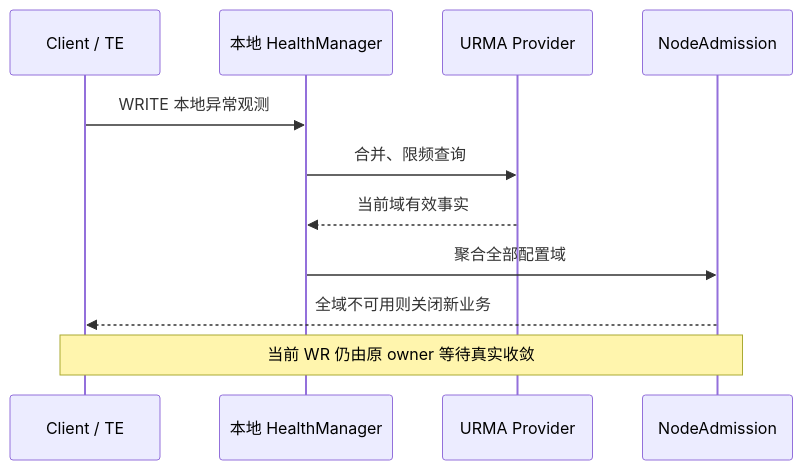
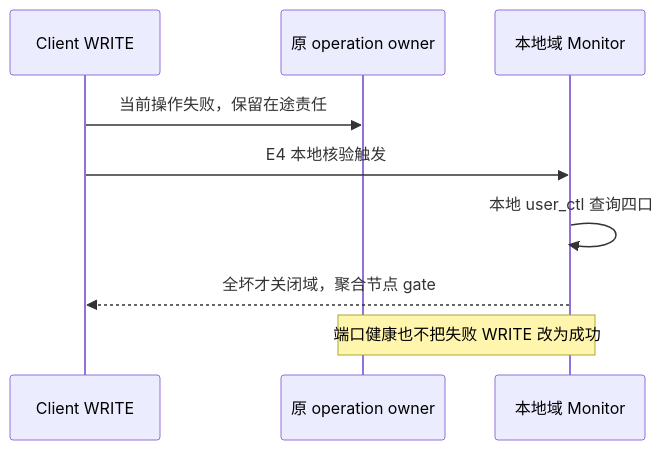
Before and after one commit to HangCong126/Supercache: the second of 7 diagrams in docs/analyze/ub_fault_isolation_design.md, drawn with Mermaid. The commit also changed other lines of this file, not shown here.

Commit message:
adapt ub_fault_isolation_design to native read and four-port health

````diff
--- a/docs/analyze/ub_fault_isolation_design.md
+++ b/docs/analyze/ub_fault_isolation_design.md
@@ -207,13 +298,11 @@
 ```mermaid
 sequenceDiagram
-    participant C as Client / TE
-    participant H as 本地 HealthManager
-    participant P as URMA Provider
-    participant A as NodeAdmission
-    C->>H: WRITE 本地异常观测
-    H->>P: 合并、限频查询
-    P-->>H: 当前域有效事实
-    H->>A: 聚合全部配置域
-    A-->>C: 全域不可用则关闭新业务
-    Note over C,A: 当前 WR 仍由原 owner 等待真实收敛
+    participant C as Client WRITE
+    participant O as 原 operation owner
+    participant H as 本地域 Monitor
+    C->>O: 当前操作失败，保留在途责任
+    C->>H: E4 本地核验触发
+    H->>H: 本地 user_ctl 查询四口
+    H-->>C: 全坏才关闭域，聚合节点 gate
+    Note over O,H: 端口健康也不把失败 WRITE 改为成功
 ```
````
